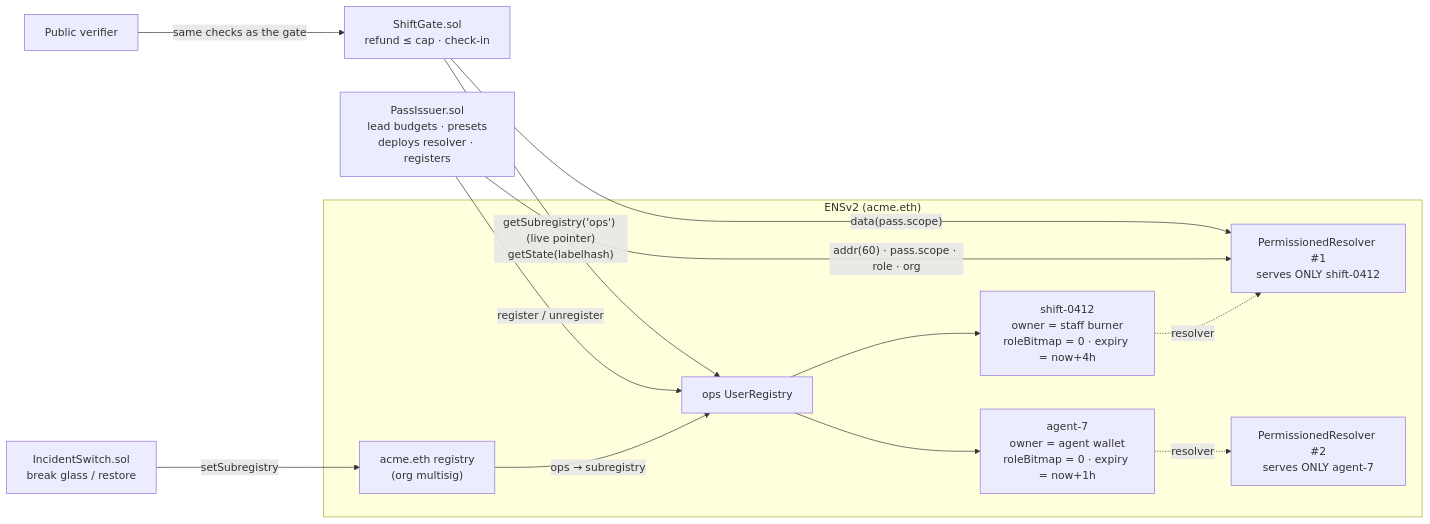
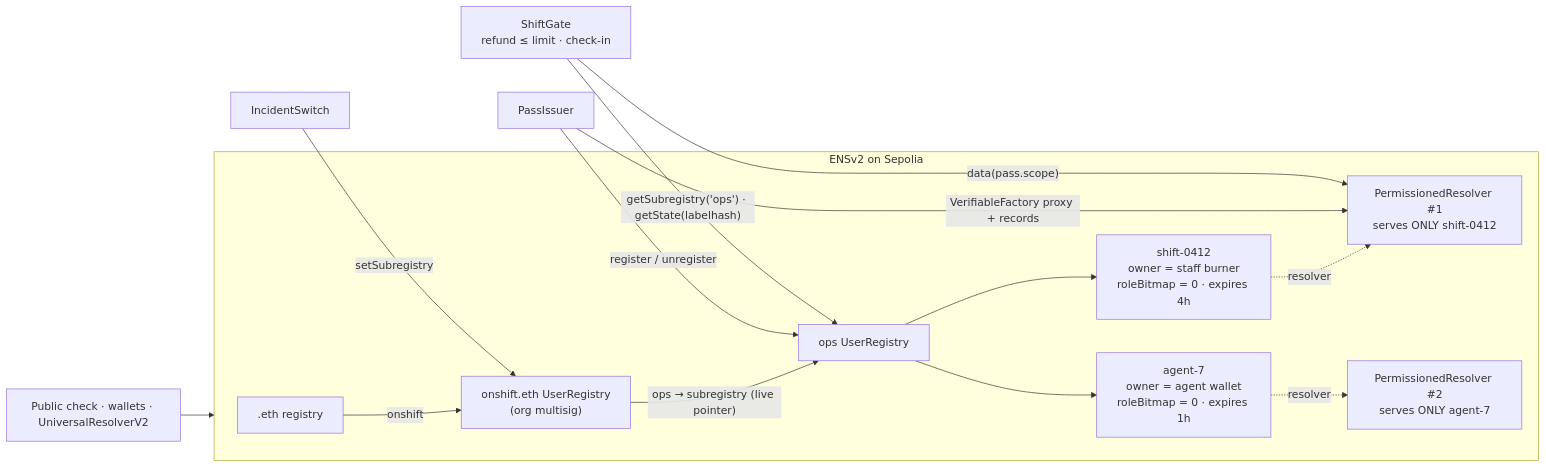
Before and after one commit to devhb1/on-shift: the diagram in README.md, drawn with Mermaid. The commit also changed other lines of this file and 4 other files, not shown here.

Commit message:
docs, scripts: Sepolia register + live smoke test, updated README and docs

````diff
--- a/README.md
+++ b/README.md
@@ -71,17 +95,17 @@
 ```mermaid
 flowchart LR
-    subgraph ENS["ENSv2 (acme.eth)"]
-      P["acme.eth registry<br/>(org multisig)"] -->|"ops → subregistry"| OPS["ops UserRegistry"]
-      OPS --> S1["shift-0412<br/>owner = staff burner<br/>roleBitmap = 0 · expiry = now+4h"]
-      OPS --> S2["agent-7<br/>owner = agent wallet<br/>roleBitmap = 0 · expiry = now+1h"]
+    subgraph ENS["ENSv2 on Sepolia"]
+      ETH[".eth registry"] -->|onshift| P["onshift.eth UserRegistry<br/>(org multisig)"]
+      P -->|"ops → subregistry (live pointer)"| OPS["ops UserRegistry"]
+      OPS --> S1["shift-0412<br/>owner = staff burner<br/>roleBitmap = 0 · expires 4h"]
+      OPS --> S2["agent-7<br/>owner = agent wallet<br/>roleBitmap = 0 · expires 1h"]
       S1 -.resolver.-> R1["PermissionedResolver #1<br/>serves ONLY shift-0412"]
       S2 -.resolver.-> R2["PermissionedResolver #2<br/>serves ONLY agent-7"]
     end
-
-    ISS["PassIssuer.sol<br/>lead budgets · presets<br/>deploys resolver · registers"] -->|register / unregister| OPS
-    ISS -->|"addr(60) · pass.scope · role · org"| R1
-    GATE["ShiftGate.sol<br/>refund ≤ cap · check-in"] -->|"getSubregistry('ops') (live pointer)<br/>getState(labelhash)"| OPS
+    ISS["PassIssuer"] -->|register / unregister| OPS
+    ISS -->|"VerifiableFactory proxy + records"| R1
+    GATE["ShiftGate<br/>refund ≤ limit · check-in"] -->|"getSubregistry('ops') · getState(labelhash)"| OPS
     GATE -->|"data(pass.scope)"| R1
-    SW["IncidentSwitch.sol<br/>break glass / restore"] -->|setSubregistry| P
-    V["Public verifier"] -->|same checks as the gate| GATE
+    SW["IncidentSwitch"] -->|setSubregistry| P
+    V["Public check · wallets · UniversalResolverV2"] --> ENS
 ```
````
